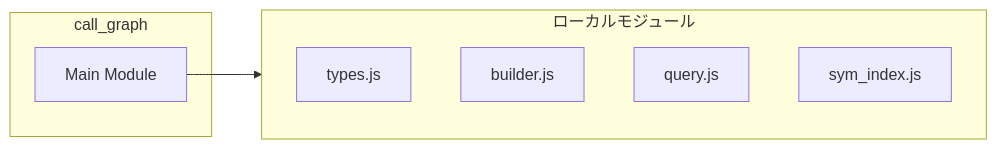
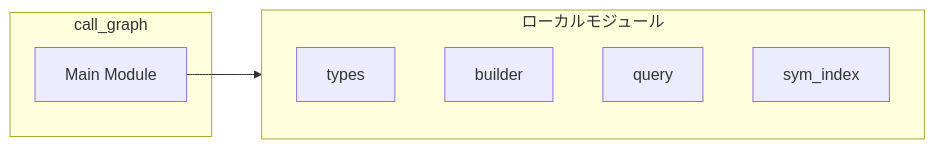
One commit to Mekann2904/mekann changed the first of 3 diagrams in ABDD/.pi/extensions/search/tools/call_graph.md. Above: the diagram before and after it, drawn with Mermaid. The commit also changed other lines of this file and 174 other files, not shown here.

First line of the commit message:
fix(docs): ABDDのMermaid図生成エラーを修正する

````diff
--- a/ABDD/.pi/extensions/search/tools/call_graph.md
+++ b/ABDD/.pi/extensions/search/tools/call_graph.md
@@ -40,13 +40,13 @@
 ```mermaid
 flowchart LR
   subgraph this[call_graph]
     main[Main Module]
   end
   subgraph local[ローカルモジュール]
-    types_js["types.js"]
-    builder_js["builder.js"]
-    query_js["query.js"]
-    sym_index_js["sym_index.js"]
+    types["types"]
+    builder["builder"]
+    query["query"]
+    sym_index["sym_index"]
   end
   main --> local
 ```
````
